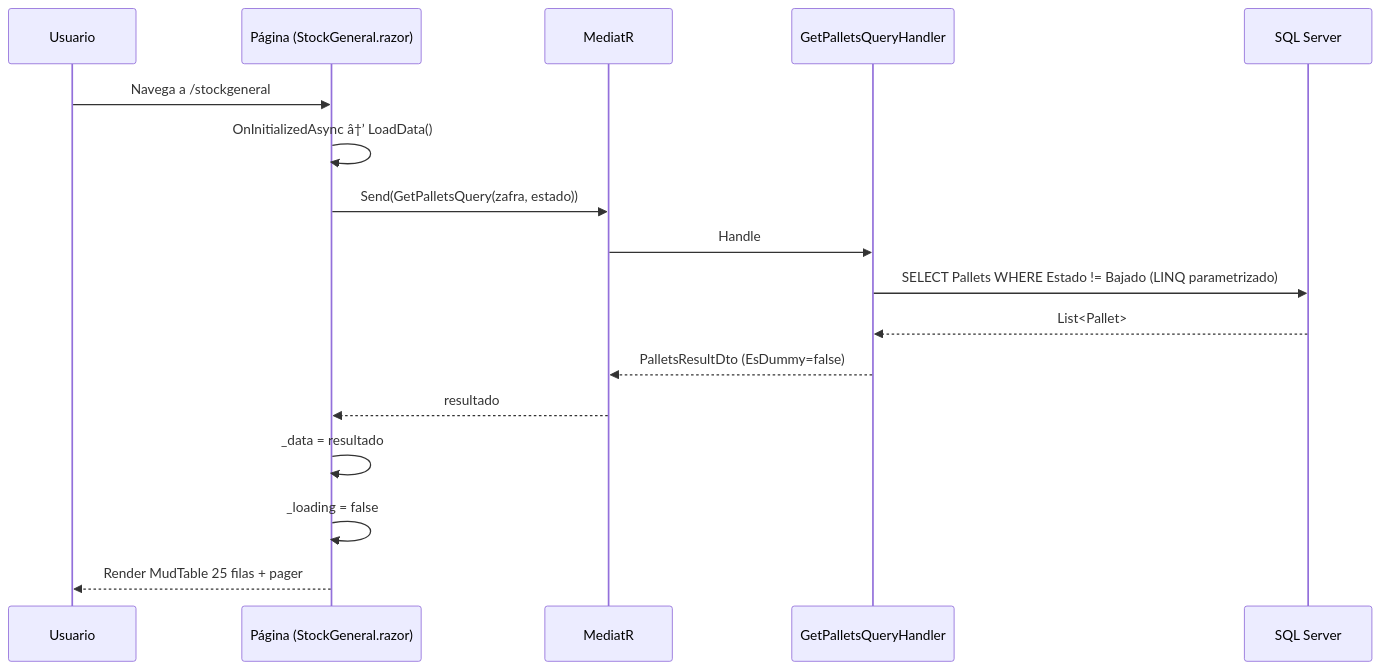
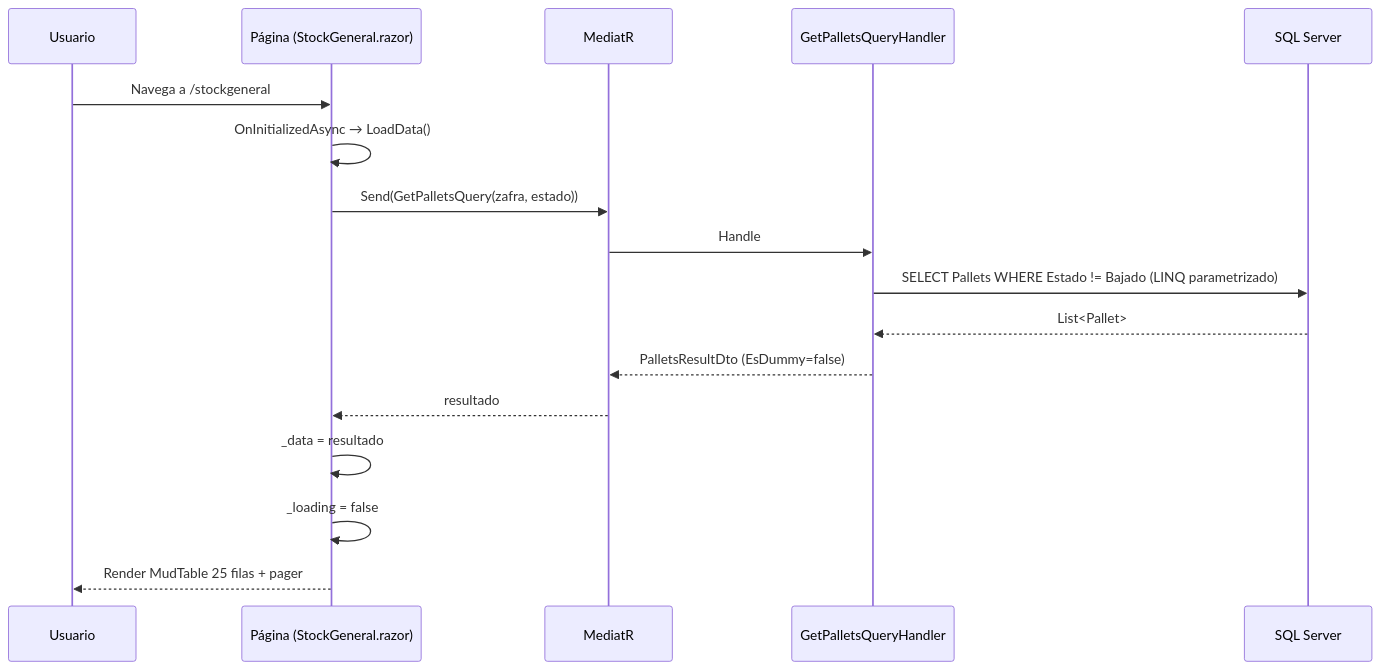
The third of 11 diagrams in docs/diagramas.md (adrian-silva-uy/guarino), drawn with Mermaid before and after one commit. The commit also changed other lines of this file, not shown here.

Commit message:
Fix: corrige mojibake (Â¿ -> ¿) en diagrama 'Flujo de filtro IA por rol' y verifica todos los .md

````diff
--- a/docs/diagramas.md
+++ b/docs/diagramas.md
@@ -94,20 +94,20 @@
 ```mermaid
 sequenceDiagram
     participant U as Usuario
     participant P as Página (StockGeneral.razor)
     participant M as MediatR
     participant H as GetPalletsQueryHandler
     participant DB as SQL Server
 
     U->>P: Navega a /stockgeneral
-    P->>P: OnInitializedAsync â†’ LoadData()
+    P->>P: OnInitializedAsync → LoadData()
     P->>M: Send(GetPalletsQuery(zafra, estado))
     M->>H: Handle
     H->>DB: SELECT Pallets WHERE Estado != Bajado (LINQ parametrizado)
     DB-->>H: List<Pallet>
     H-->>M: PalletsResultDto (EsDummy=false)
     M-->>P: resultado
     P->>P: _data = resultado
     P->>P: _loading = false
     P-->>U: Render MudTable 25 filas + pager
 ```
````
